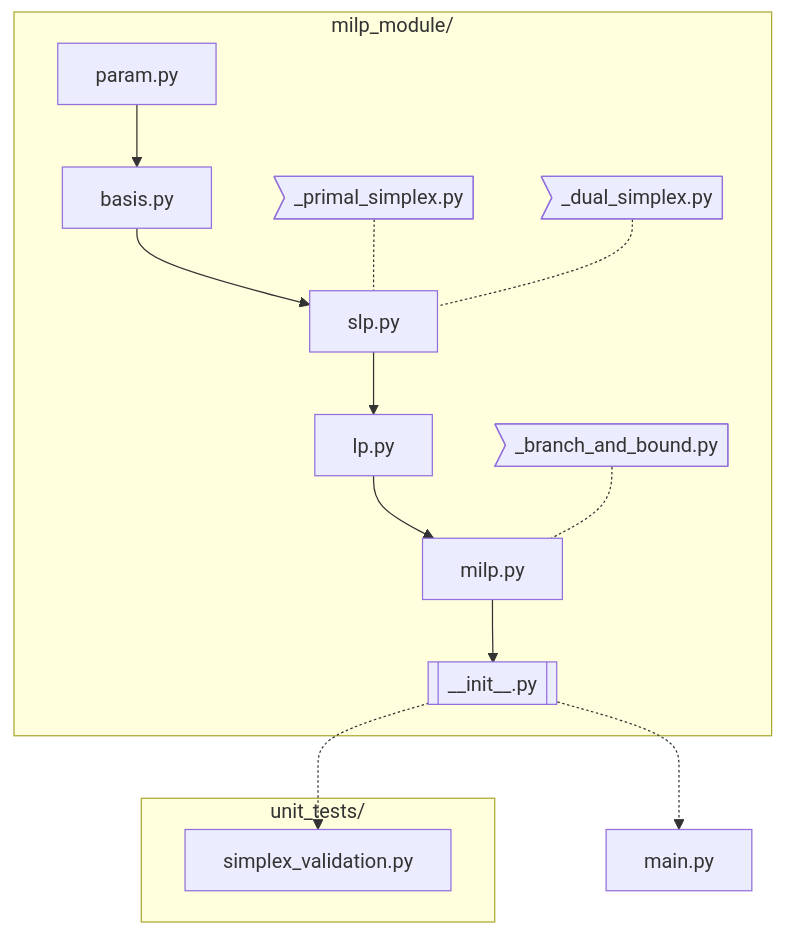
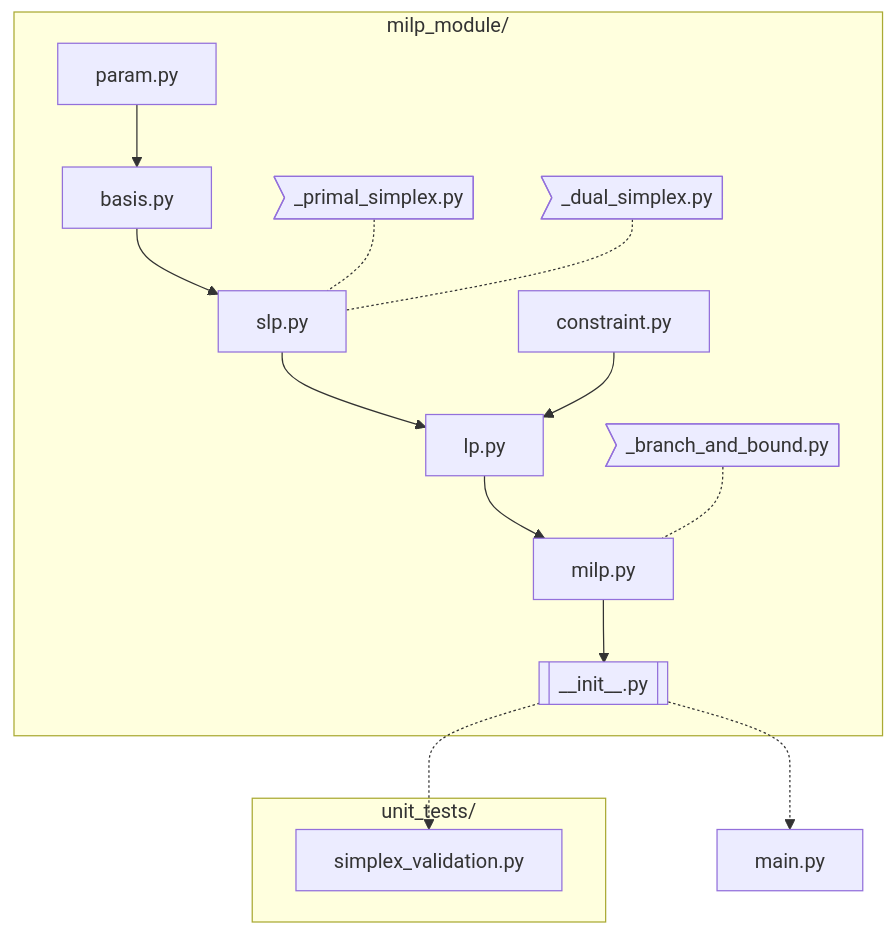
One commit to JeanPousset/MILP_solver changed the first of 2 diagrams in README.md. Above: the diagram before and after it, drawn with Mermaid. The commit also changed other lines of this file and 5 other files, not shown here.

````diff
--- a/README.md
+++ b/README.md
@@ -7,26 +7,27 @@
 ```mermaid
 ---
 config:
   htmlLabels: false
 ---
 graph TD; 
   subgraph milp_module/
     P[param.py] --> B[basis.py]
     PS>_primal_simplex.py]
     DS>_dual_simplex.py]
     B --> S[slp.py]
     PS -.- S
     DS -.- S
     S --> F[lp.py]
+    C[constraint.py] -->F
     F --> MILP[milp.py]
     BB>_branch_and_bound.py] -.- MILP
     MILP --> I[[__init__.py]]
     
   end
   I -.-> M[main.py]
   subgraph unit_tests/
     V[simplex_validation.py]
   end
   I -.-> V
   
 ```
````
